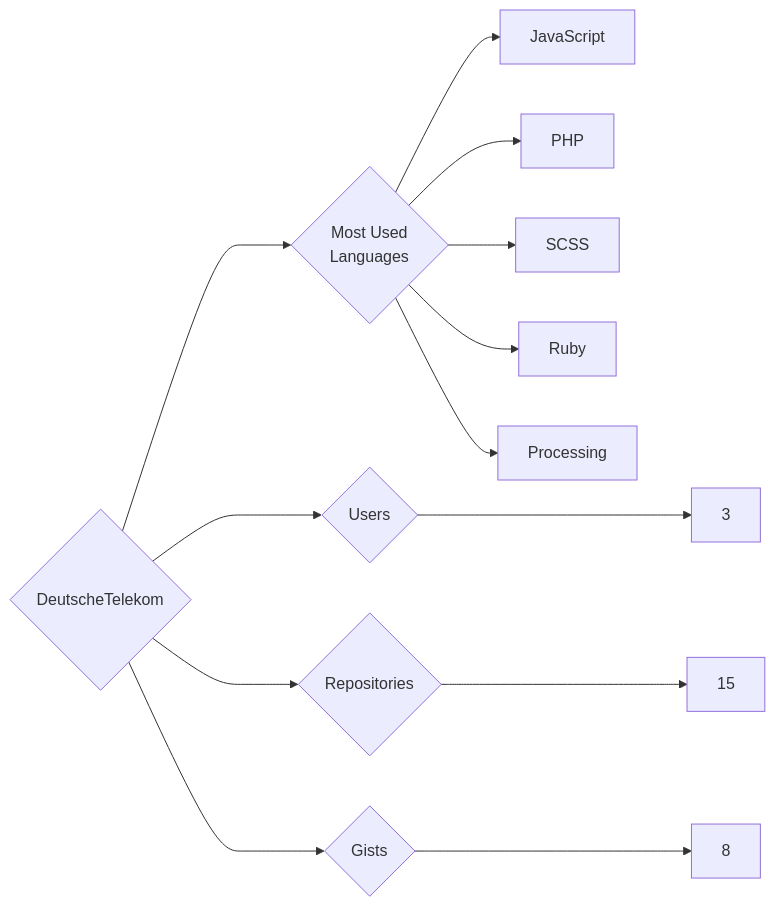
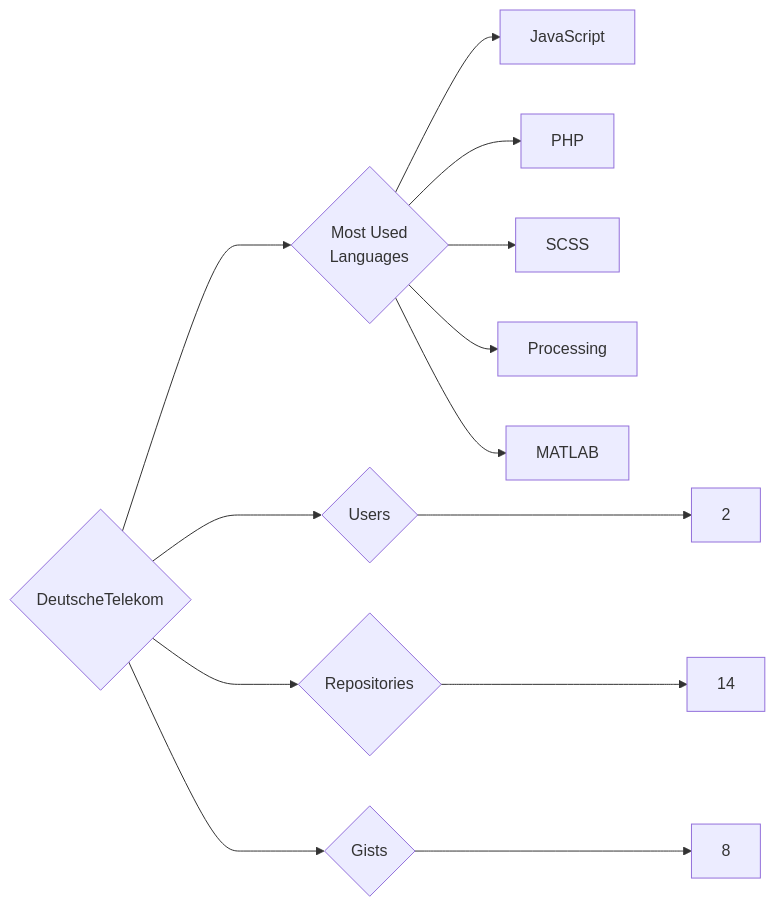
One commit to trickest/insiders changed the diagram in targets/DeutscheTelekom/README.md. Above: the diagram before and after it, drawn with Mermaid. The commit also changed 840 other files, not shown here.

````diff
--- a/targets/DeutscheTelekom/README.md
+++ b/targets/DeutscheTelekom/README.md
@@ -3,13 +3,13 @@
 ```mermaid
 graph LR
 COMPANY_NAME{DeutscheTelekom}
-COMPANY_NAME ---> U{Users} ---> UN[3]
-COMPANY_NAME ---> R{Repositories} ---> RN[15]
+COMPANY_NAME ---> U{Users} ---> UN[2]
+COMPANY_NAME ---> R{Repositories} ---> RN[14]
 COMPANY_NAME ---> G{Gists} ---> GN[8]
 COMPANY_NAME ---> ML{Most Used<br>Languages}
 ML --> JavaScript[JavaScript]
 ML --> PHP[PHP]
 ML --> SCSS[SCSS]
-ML --> Ruby[Ruby]
 ML --> Processing[Processing]
+ML --> MATLAB[MATLAB]
 ```
````
